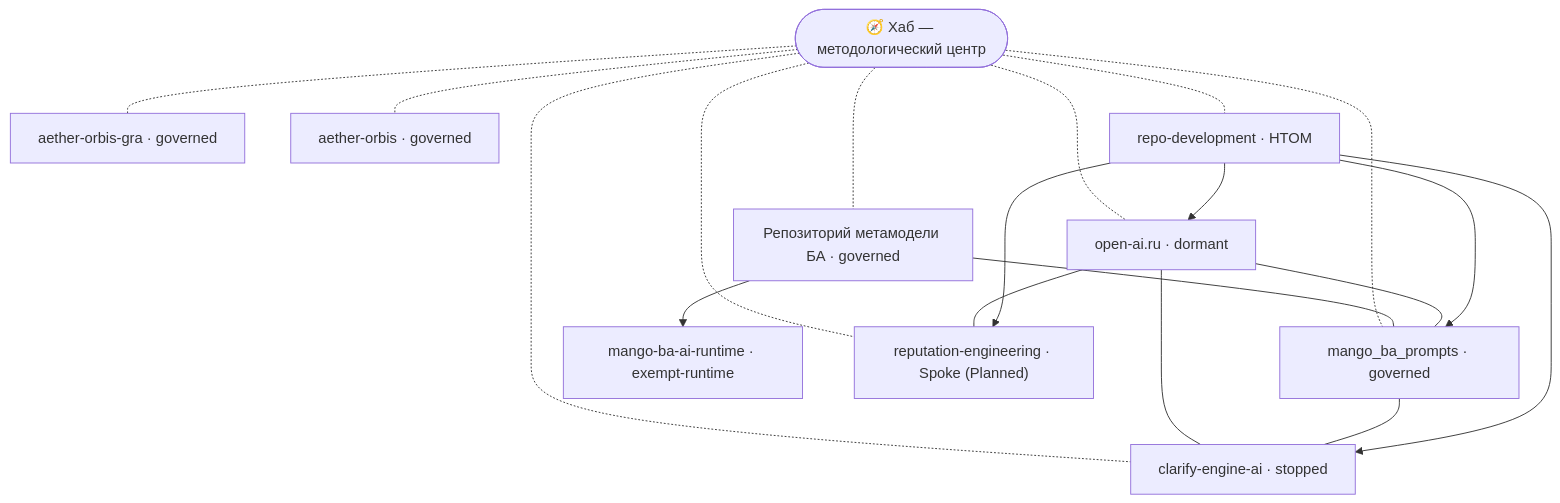
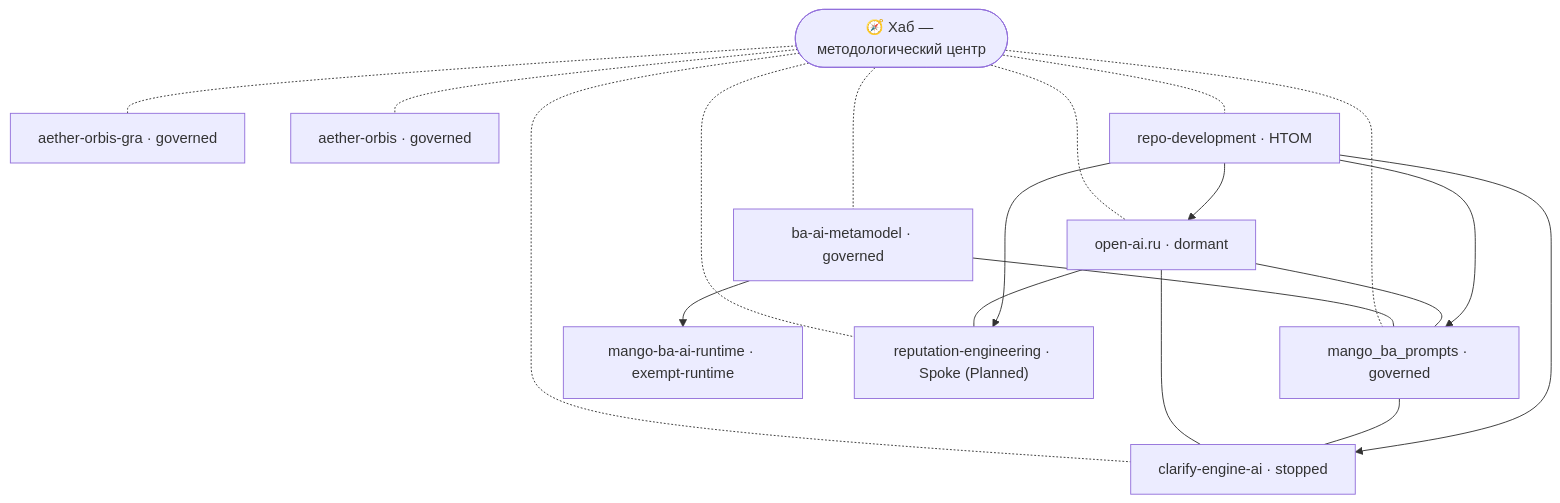
The diagram in docs/ecosystem-map.md (G-Ivan-A/hybrid-Intelligence-lab), drawn with Mermaid before and after one commit. The commit also changed other lines of this file and 6 other files, not shown here.

````diff
--- a/docs/ecosystem-map.md
+++ b/docs/ecosystem-map.md
@@ -119,34 +119,34 @@
 ```mermaid
 graph TD
     hub(["🧭 Хаб — методологический центр"])
     openai["open-ai.ru · dormant"]
     mango["mango_ba_prompts · governed"]
-    bameta["Репозиторий метамодели БА · governed"]
+    bameta["ba-ai-metamodel · governed"]
     runtime["mango-ba-ai-runtime · exempt-runtime"]
     gra["aether-orbis-gra · governed"]
     orbis["aether-orbis · governed"]
     clarify["clarify-engine-ai · stopped"]
     reputation["reputation-engineering · Spoke (Planned)"]
     repodev["repo-development · HTOM"]
 
     hub -.- openai
     hub -.- mango
     hub -.- bameta
     hub -.- gra
     hub -.- orbis
     hub -.- clarify
     hub -.- reputation
     hub -.- repodev
 
     bameta --- mango
     bameta --> runtime
     openai --- mango
     openai --- clarify
     openai --- reputation
     mango --- clarify
 
     repodev --> openai
     repodev --> mango
     repodev --> clarify
     repodev --> reputation
 ```
````
